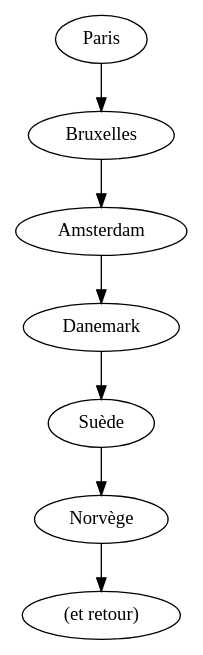
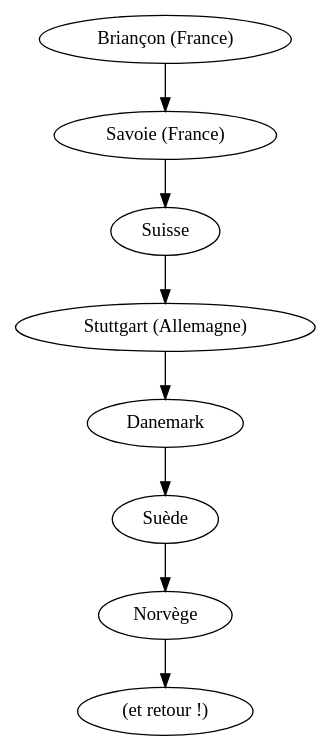
One commit to Naereen/web-sphinx changed the diagram in autostop.fr.rst. Above: the diagram before and after it, drawn with Graphviz. The commit also changed other lines of this file and 9 other files, not shown here.

```diff
--- a/autostop.fr.rst
+++ b/autostop.fr.rst
@@ -36,3 +33,3 @@
-.. digraph:: voyage2
+.. digraph:: voyage
 
-   "Paris" -> "Bruxelles" -> "Amsterdam" -> "Danemark" -> "Suède" -> "Norvège" -> "(et retour)";
+   "Briançon (France)" -> "Savoie (France)" -> "Suisse" -> "Stuttgart (Allemagne)" -> "Danemark" -> "Suède" -> "Norvège" -> "(et retour !)";
```
